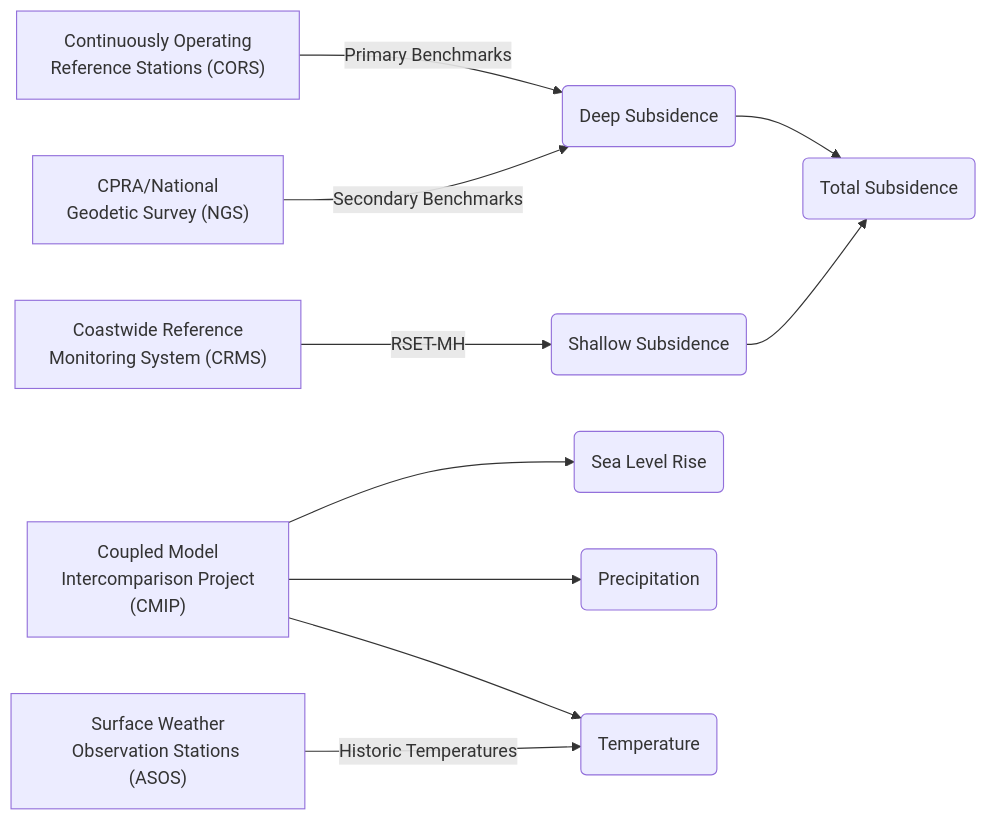
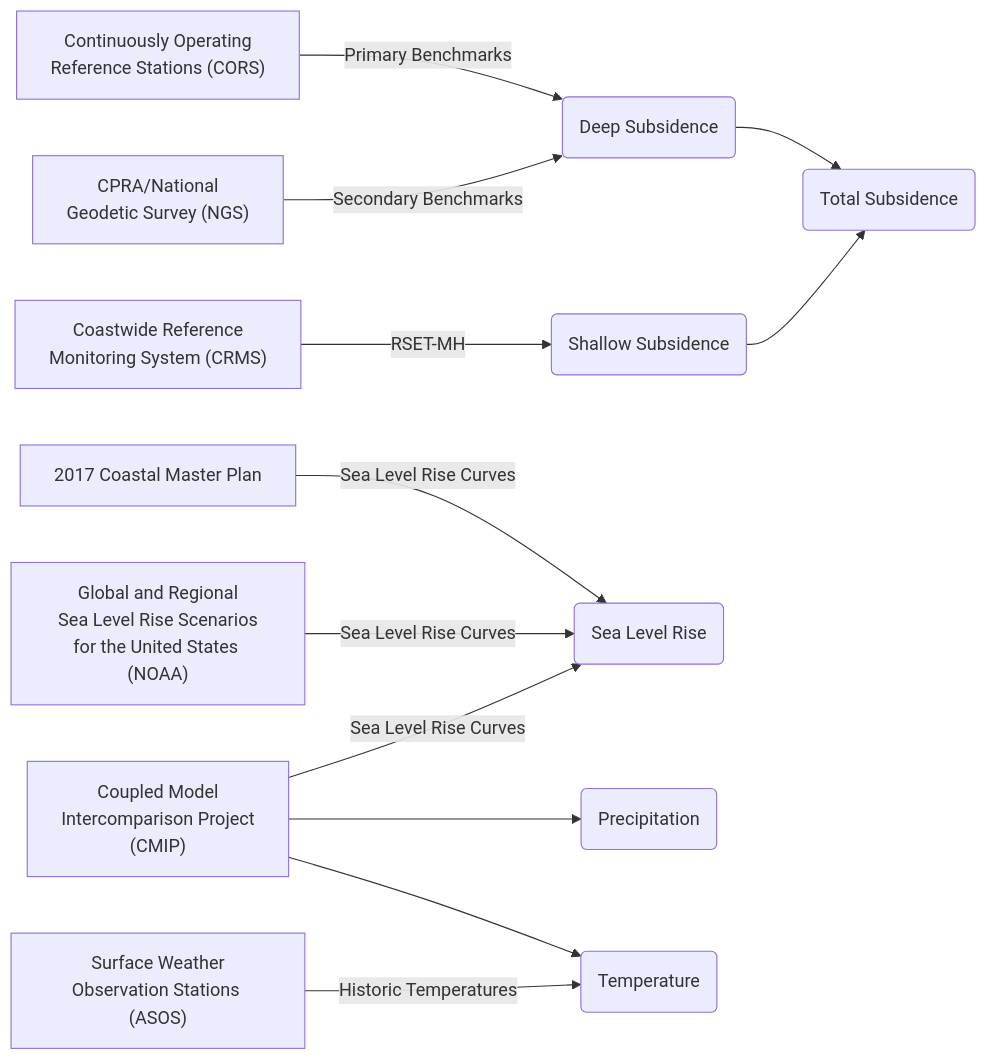
One commit to pscedu/cpra-documentation changed the second of 2 diagrams in README.md. Above: the diagram before and after it, drawn with Mermaid.

Commit message:
feat(scenario): add remaining sea level rise data sources

````diff
--- a/README.md
+++ b/README.md
@@ -22,12 +22,14 @@
 ```mermaid
 flowchart LR
     CORS["Continuously Operating\nReference Stations (CORS)"] -->|Primary Benchmarks| DS(Deep Subsidence)
     NGS["CPRA/National\nGeodetic Survey (NGS)"] -->|Secondary Benchmarks| DS
     CRMS["Coastwide Reference\nMonitoring System (CRMS)"] -->|RSET-MH| SS(Shallow Subsidence)
     DS --> TS(Total Subsidence)
     SS --> TS
-    CMIP["Coupled Model\nIntercomparison Project\n(CMIP)"] --> SLR(Sea Level Rise)
+    MP2017["2017 Coastal Master Plan"] -->|Sea Level Rise Curves| SLR(Sea Level Rise)
+    NOAA_SLR["Global and Regional\nSea Level Rise Scenarios\nfor the United States (NOAA)"] -->|Sea Level Rise Curves| SLR
+    CMIP["Coupled Model\nIntercomparison Project\n(CMIP)"] -->|Sea Level Rise Curves| SLR
     CMIP --> Precip(Precipitation)
     CMIP --> Temp(Temperature)
     ASOS["Surface Weather\nObservation Stations (ASOS)"] -->|Historic Temperatures| Temp
 ```
````
